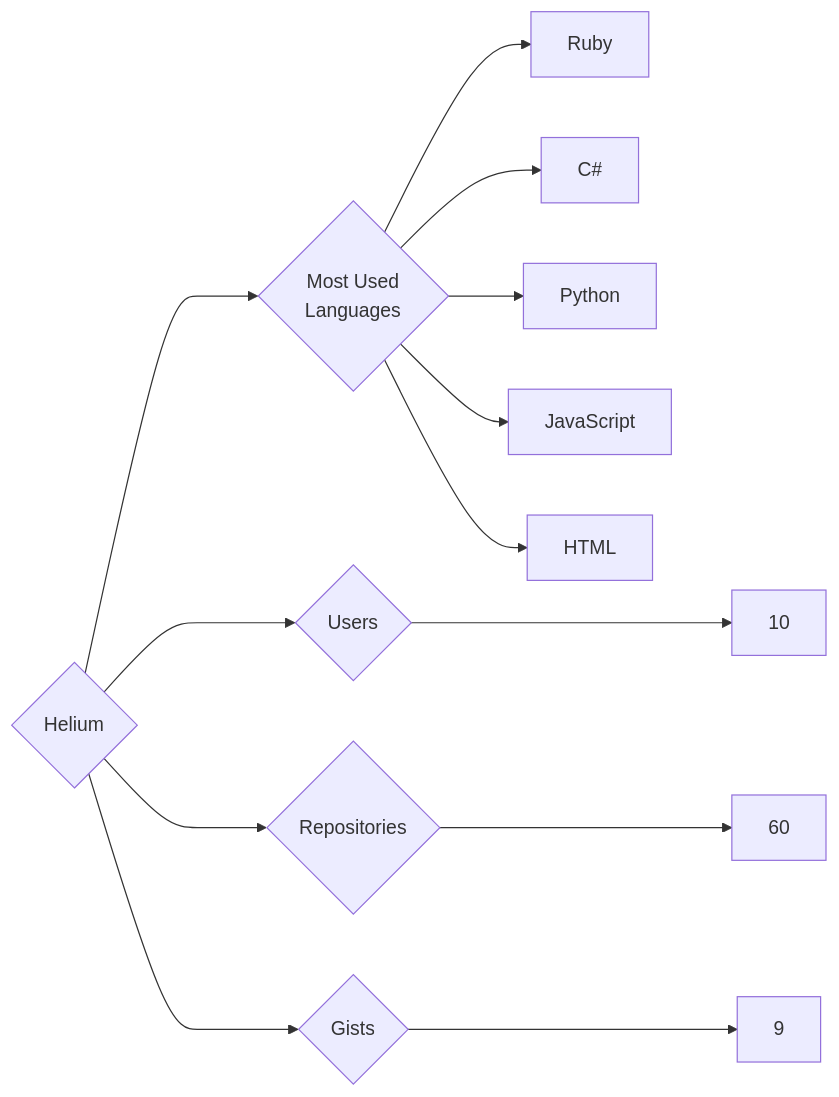
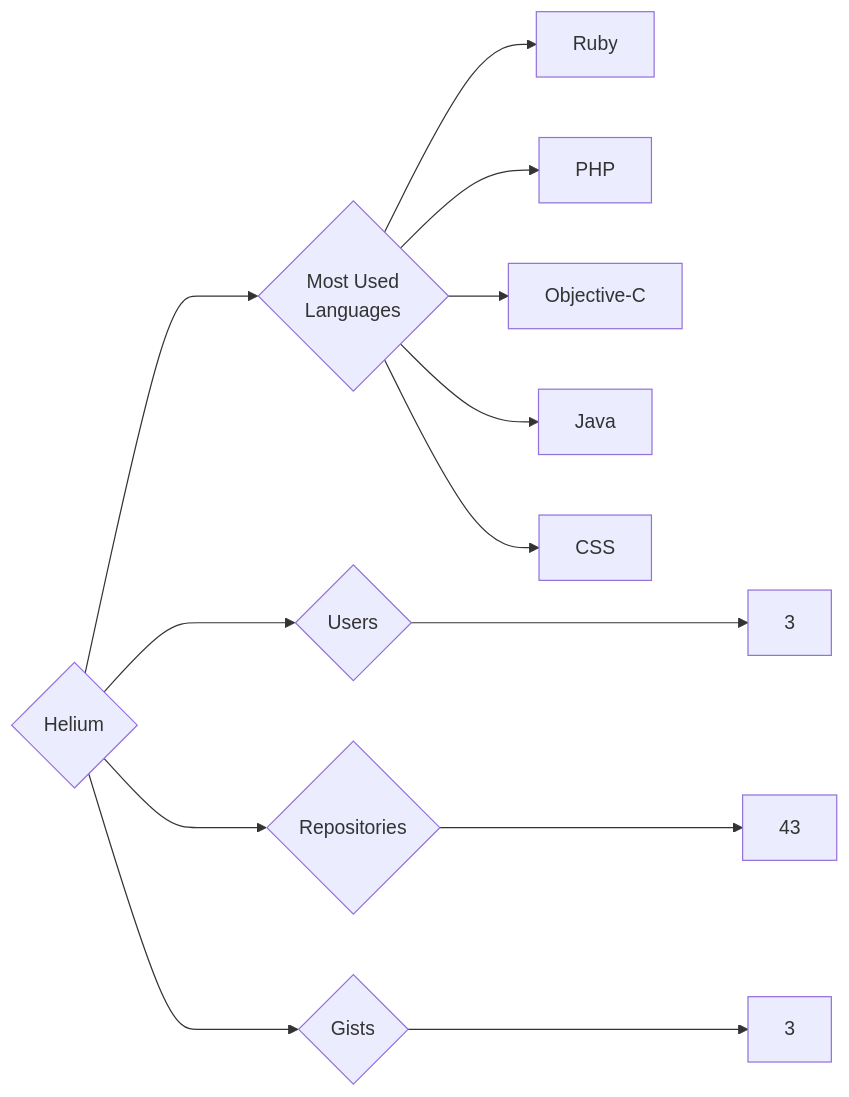
One commit to trickest/insiders changed the diagram in targets/Helium/README.md. Above: the diagram before and after it, drawn with Mermaid. The commit also changed 724 other files, not shown here.

````diff
--- a/targets/Helium/README.md
+++ b/targets/Helium/README.md
@@ -3,13 +3,13 @@
 ```mermaid
 graph LR
 COMPANY_NAME{Helium}
-COMPANY_NAME ---> U{Users} ---> UN[10]
-COMPANY_NAME ---> R{Repositories} ---> RN[60]
-COMPANY_NAME ---> G{Gists} ---> GN[9]
+COMPANY_NAME ---> U{Users} ---> UN[3]
+COMPANY_NAME ---> R{Repositories} ---> RN[43]
+COMPANY_NAME ---> G{Gists} ---> GN[3]
 COMPANY_NAME ---> ML{Most Used<br>Languages}
 ML --> Ruby[Ruby]
-ML --> C#[C#]
-ML --> Python[Python]
-ML --> JavaScript[JavaScript]
-ML --> HTML[HTML]
+ML --> PHP[PHP]
+ML --> Objective-C[Objective-C]
+ML --> Java[Java]
+ML --> CSS[CSS]
 ```
````
